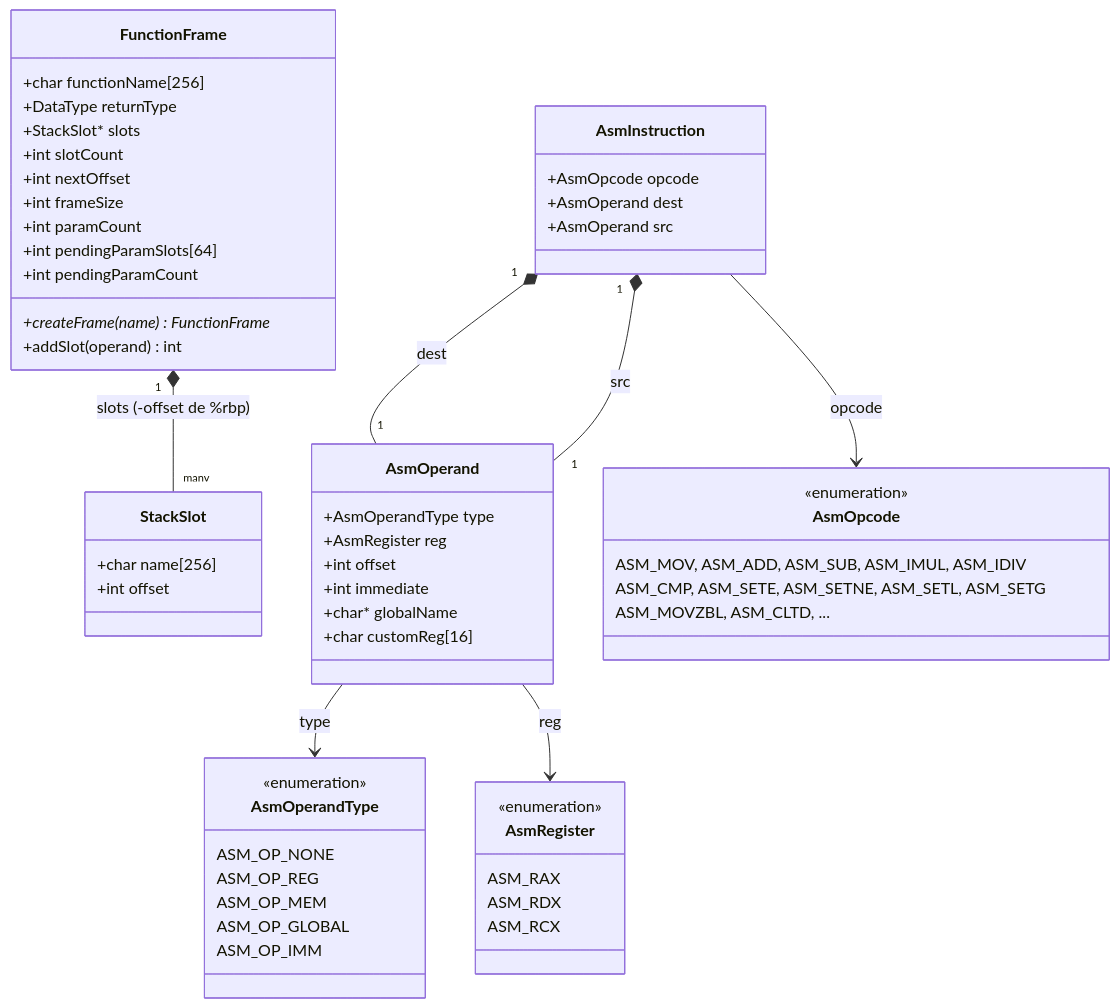
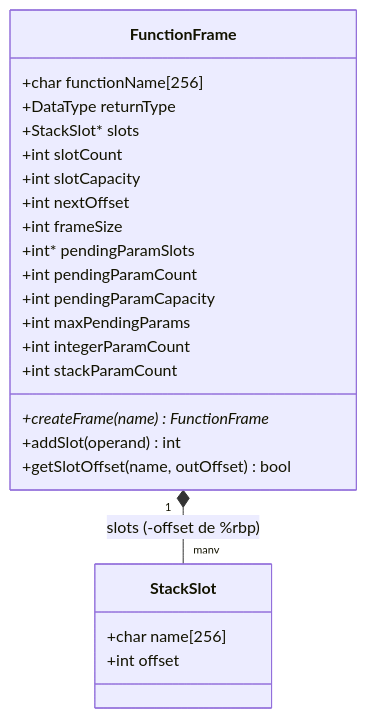
Before and after one commit to julivarea/compiler: the sixth of 6 diagrams in documentacion/wiki/01-overview.md, drawn with Mermaid. The commit also changed other lines of this file and 28 other files, not shown here.

````diff
--- a/documentacion/wiki/01-overview.md
+++ b/documentacion/wiki/01-overview.md
@@ -522,68 +484,30 @@
     ```mermaid
     classDiagram
         direction TB
 
         class FunctionFrame {
             +char functionName[256]
             +DataType returnType
             +StackSlot* slots
             +int slotCount
+            +int slotCapacity
             +int nextOffset
             +int frameSize
-            +int paramCount
-            +int pendingParamSlots[64]
+            +int* pendingParamSlots
             +int pendingParamCount
+            +int pendingParamCapacity
+            +int maxPendingParams
+            +int integerParamCount
+            +int stackParamCount
             +createFrame(name) FunctionFrame*
             +addSlot(operand) int
+            +getSlotOffset(name, outOffset) bool
         }
 
         class StackSlot {
             +char name[256]
             +int offset
         }
 
-        class AsmInstruction {
-            +AsmOpcode opcode
-            +AsmOperand dest
-            +AsmOperand src
-        }
-
-        class AsmOperand {
-            +AsmOperandType type
-            +AsmRegister reg
-            +int offset
-            +int immediate
-            +char* globalName
-            +char customReg[16]
-        }
-
-        class AsmOpcode {
-            <<enumeration>>
-            ASM_MOV, ASM_ADD, ASM_SUB, ASM_IMUL, ASM_IDIV
-            ASM_CMP, ASM_SETE, ASM_SETNE, ASM_SETL, ASM_SETG
-            ASM_MOVZBL, ASM_CLTD, ...
-        }
-
-        class AsmOperandType {
-            <<enumeration>>
-            ASM_OP_NONE
-            ASM_OP_REG
-            ASM_OP_MEM
-            ASM_OP_GLOBAL
-            ASM_OP_IMM
-        }
-
-        class AsmRegister {
-            <<enumeration>>
-            ASM_RAX
-            ASM_RDX
-            ASM_RCX
-        }
-
         FunctionFrame "1" *-- "many" StackSlot : slots (-offset de %rbp)
-        AsmInstruction --> AsmOpcode : opcode
-        AsmInstruction "1" *-- "1" AsmOperand : dest
-        AsmInstruction "1" *-- "1" AsmOperand : src
-        AsmOperand --> AsmOperandType : type
-        AsmOperand --> AsmRegister : reg
     ```
````
